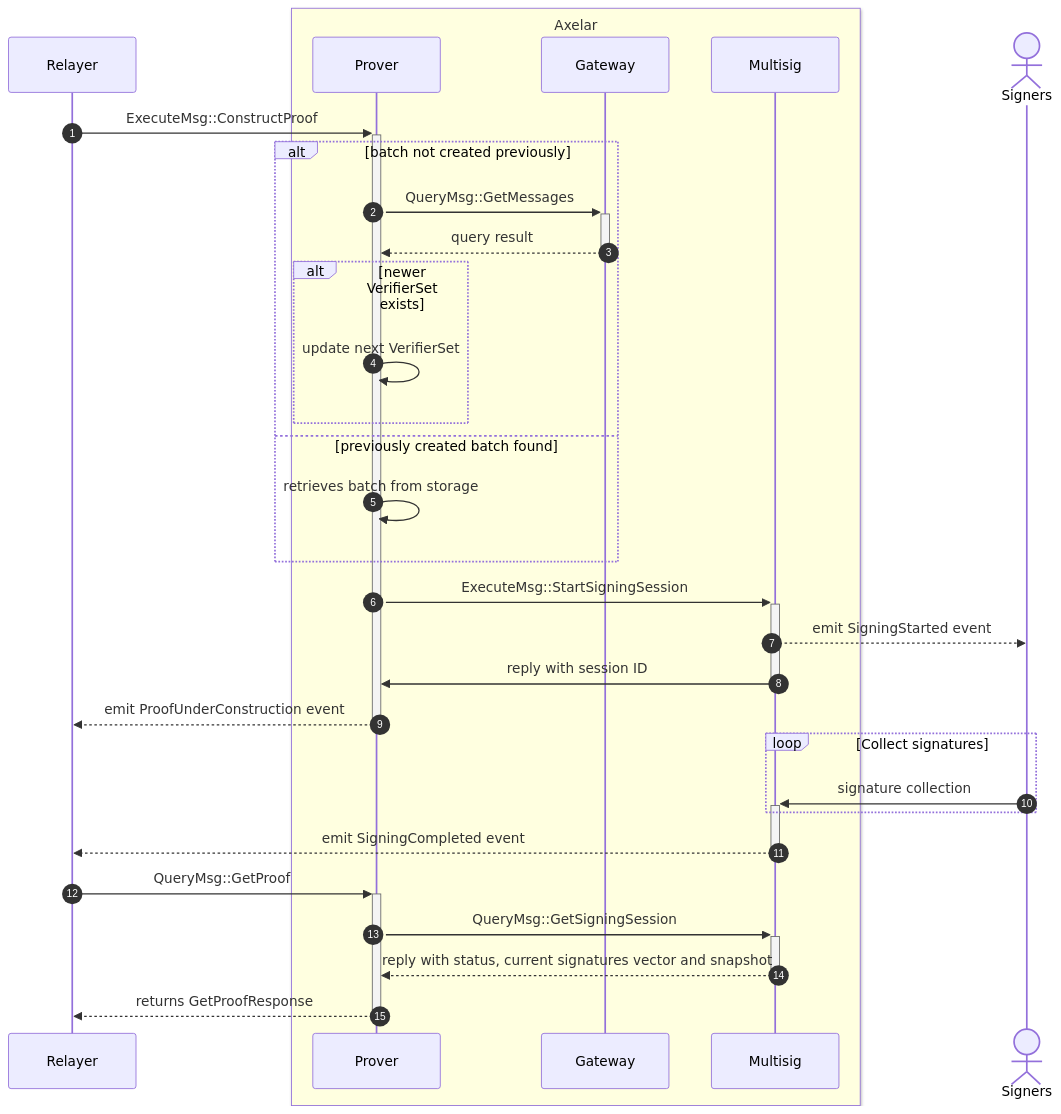
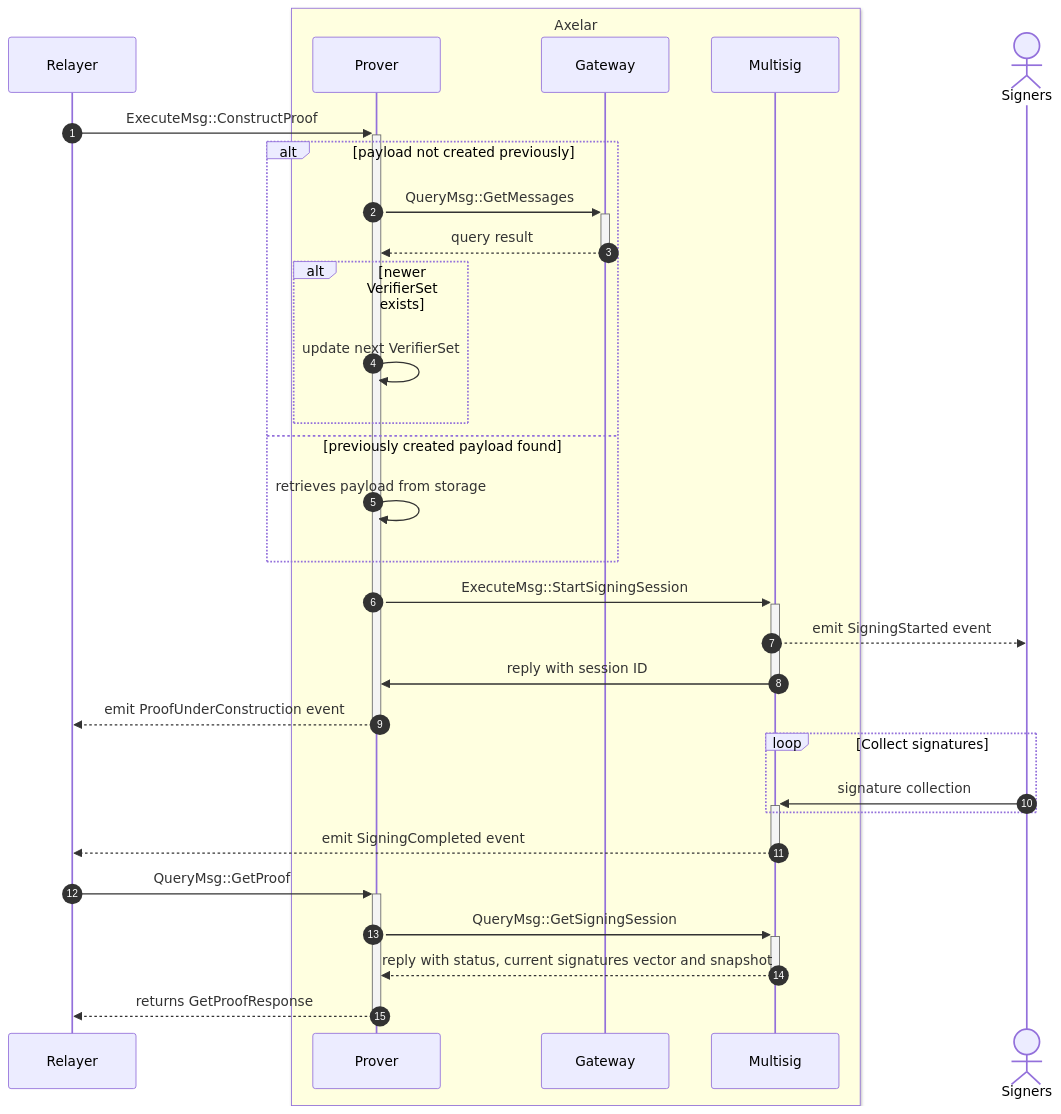
One commit to axelarnetwork/axelar-amplifier changed the second of 4 diagrams in doc/src/contracts/multisig_prover.md. Above: the diagram before and after it, drawn with Mermaid. The commit also changed other lines of this file and 3 other files, not shown here.

````diff
--- a/doc/src/contracts/multisig_prover.md
+++ b/doc/src/contracts/multisig_prover.md
@@ -87,35 +87,35 @@
 ```mermaid
 sequenceDiagram
 autonumber
 participant Relayer
 box LightYellow Axelar
 participant Prover
 participant Gateway
 participant Multisig
 end
 actor Signers
 
 Relayer->>+Prover: ExecuteMsg::ConstructProof
-alt batch not created previously
+alt payload not created previously
   Prover->>+Gateway: QueryMsg::GetMessages
   Gateway-->>-Prover: query result
   alt newer VerifierSet exists
     Prover->>Prover: update next VerifierSet
   end
-else previously created batch found
-  Prover->>Prover: retrieves batch from storage
+else previously created payload found
+  Prover->>Prover: retrieves payload from storage
 end
 Prover->>+Multisig: ExecuteMsg::StartSigningSession
 Multisig-->>Signers: emit SigningStarted event
 Multisig->>-Prover: reply with session ID
 Prover-->>Relayer: emit ProofUnderConstruction event
 deactivate Prover
 loop Collect signatures
 	Signers->>+Multisig: signature collection
 end
 Multisig-->>-Relayer: emit SigningCompleted event
 Relayer->>+Prover: QueryMsg::GetProof
 Prover->>+Multisig: QueryMsg::GetSigningSession
 Multisig-->>-Prover: reply with status, current signatures vector and snapshot
 Prover-->>-Relayer: returns GetProofResponse
 ```
````
